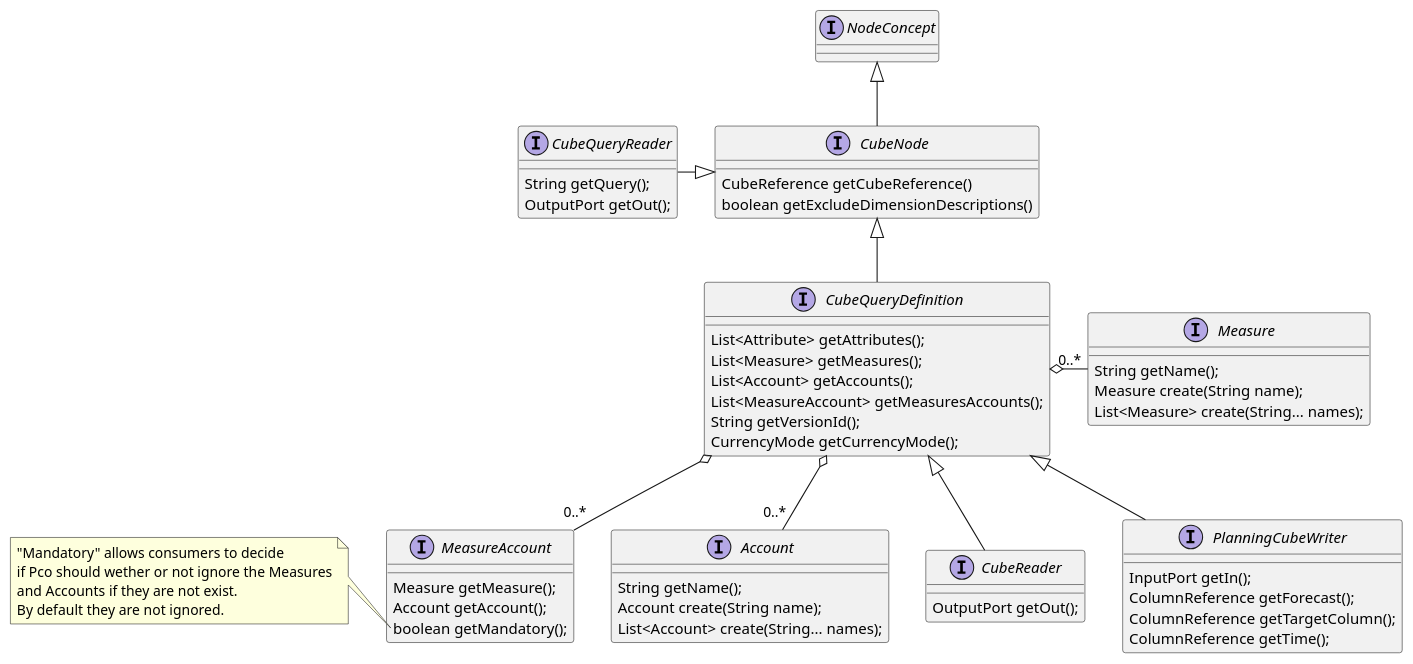
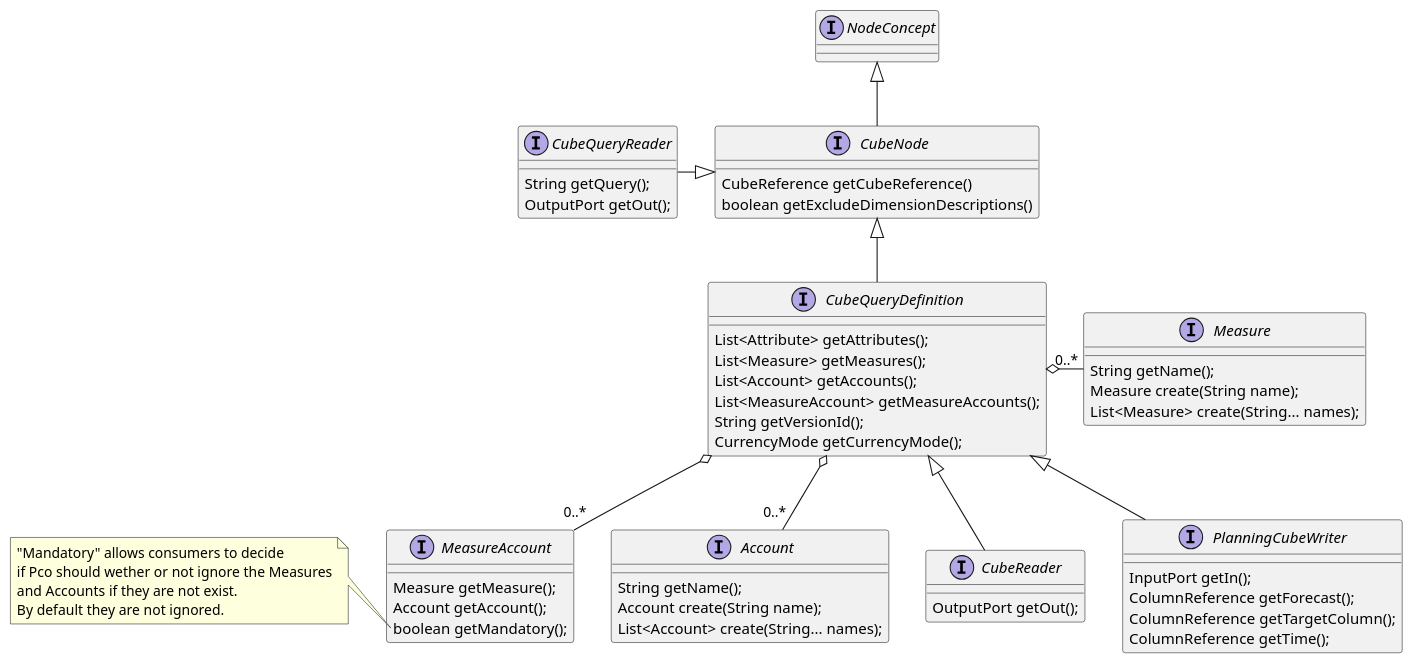
Before and after one commit to loutfinadir/uml: the diagram in pipeline-v2.wsd, drawn with PlantUML. The commit also changed 1 other file, not shown here.

```diff
--- a/pipeline-v2.wsd
+++ b/pipeline-v2.wsd
@@ -1,67 +1,67 @@
 @startuml
 
 interface NodeConcept
 
 interface CubeNode extends NodeConcept {
     CubeReference getCubeReference()
     boolean getExcludeDimensionDescriptions()
 }
 
 
 interface Measure  {
     String getName();
     Measure create(String name);
     List<Measure> create(String... names);
 }
 
 interface Account {
     String getName();
     Account create(String name);
     List<Account> create(String... names);
 }
 
 interface MeasureAccount {
     Measure getMeasure();
     Account getAccount();
     boolean getMandatory();
 }
 
 interface CubeQueryDefinition extends CubeNode {
     List<Attribute> getAttributes();
     List<Measure> getMeasures();
     List<Account> getAccounts();
-    List<MeasureAccount> getMeasuresAccounts();
+    List<MeasureAccount> getMeasureAccounts();
     String getVersionId();
     CurrencyMode getCurrencyMode();
 }
 
 interface CubeQueryReader {
     String getQuery();
     OutputPort getOut();
 }
 
 interface CubeReader extends CubeQueryDefinition {
     OutputPort getOut();
 }
 
 interface PlanningCubeWriter extends CubeQueryDefinition {
 
     InputPort getIn();
     ColumnReference getForecast();
     ColumnReference getTargetColumn();
     ColumnReference getTime();
 }
 
 CubeQueryDefinition o-right- "0..*" Measure
 CubeQueryDefinition o-down- "0..*" Account
 CubeQueryDefinition o-down- "0..*" MeasureAccount
 CubeQueryReader -|> CubeNode
 
 note left of MeasureAccount::getMandatory
  "Mandatory" allows consumers to decide 
  if Pco should wether or not ignore the Measures
  and Accounts if they are not exist. 
  By default they are not ignored.
 end note
 
 @enduml
```
